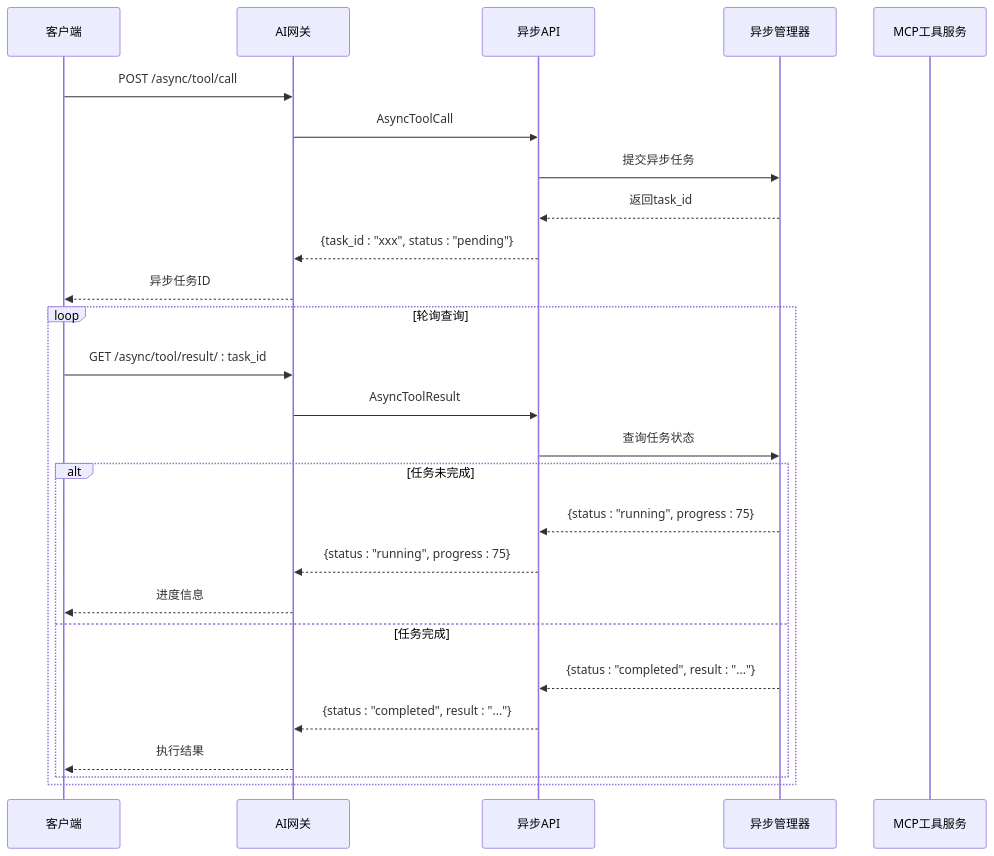
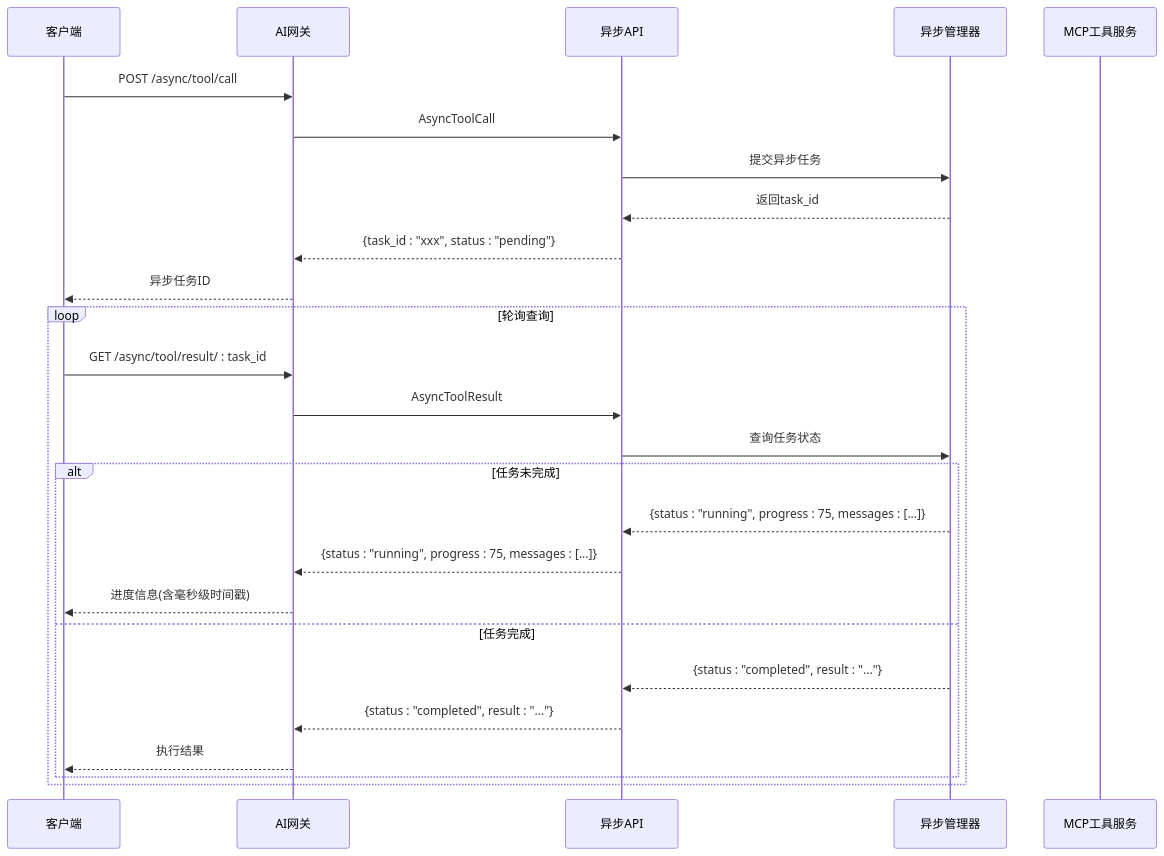
Diagram 13 of 30 in .qoder/repowiki/zh/content/AI聊天服务迁移指南.md (maomao94/zero-service), drawn with Mermaid before and after one commit. The commit also changed other lines of this file and 59 other files, not shown here.

````diff
--- a/.qoder/repowiki/zh/content/AI聊天服务迁移指南.md
+++ b/.qoder/repowiki/zh/content/AI聊天服务迁移指南.md
@@ -675,28 +705,28 @@
 ```mermaid
 sequenceDiagram
 participant Client as 客户端
 participant Gateway as AI网关
 participant AsyncAPI as 异步API
 participant AsyncMgr as 异步管理器
 participant MCP as MCP工具服务
 Client->>Gateway : POST /async/tool/call
 Gateway->>AsyncAPI : AsyncToolCall
 AsyncAPI->>AsyncMgr : 提交异步任务
 AsyncMgr-->>AsyncAPI : 返回task_id
 AsyncAPI-->>Gateway : {task_id : "xxx", status : "pending"}
 Gateway-->>Client : 异步任务ID
 loop 轮询查询
 Client->>Gateway : GET /async/tool/result/ : task_id
 Gateway->>AsyncAPI : AsyncToolResult
 AsyncAPI->>AsyncMgr : 查询任务状态
 Alt 任务未完成
-AsyncMgr-->>AsyncAPI : {status : "running", progress : 75}
-AsyncAPI-->>Gateway : {status : "running", progress : 75}
-Gateway-->>Client : 进度信息
+AsyncMgr-->>AsyncAPI : {status : "running", progress : 75, messages : [...]}
+AsyncAPI-->>Gateway : {status : "running", progress : 75, messages : [...]}
+Gateway-->>Client : 进度信息(含毫秒级时间戳)
 else 任务完成
 AsyncMgr-->>AsyncAPI : {status : "completed", result : "..."}
 AsyncAPI-->>Gateway : {status : "completed", result : "..."}
 Gateway-->>Client : 执行结果
 end
 end
 ```
````
